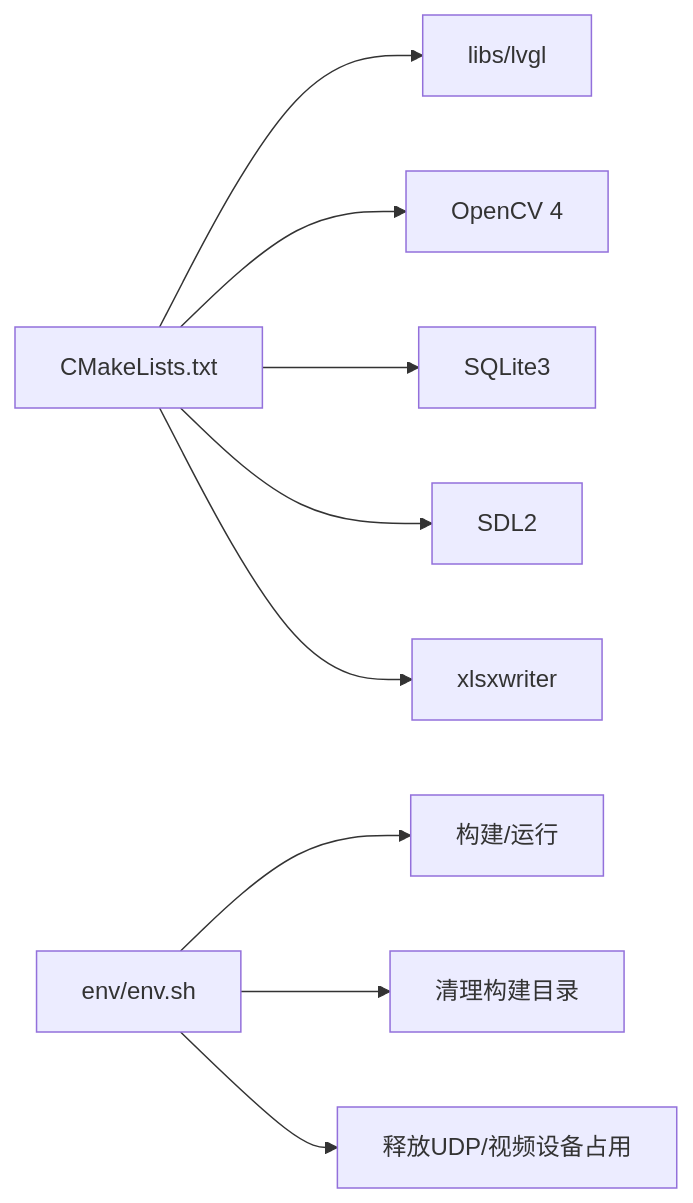
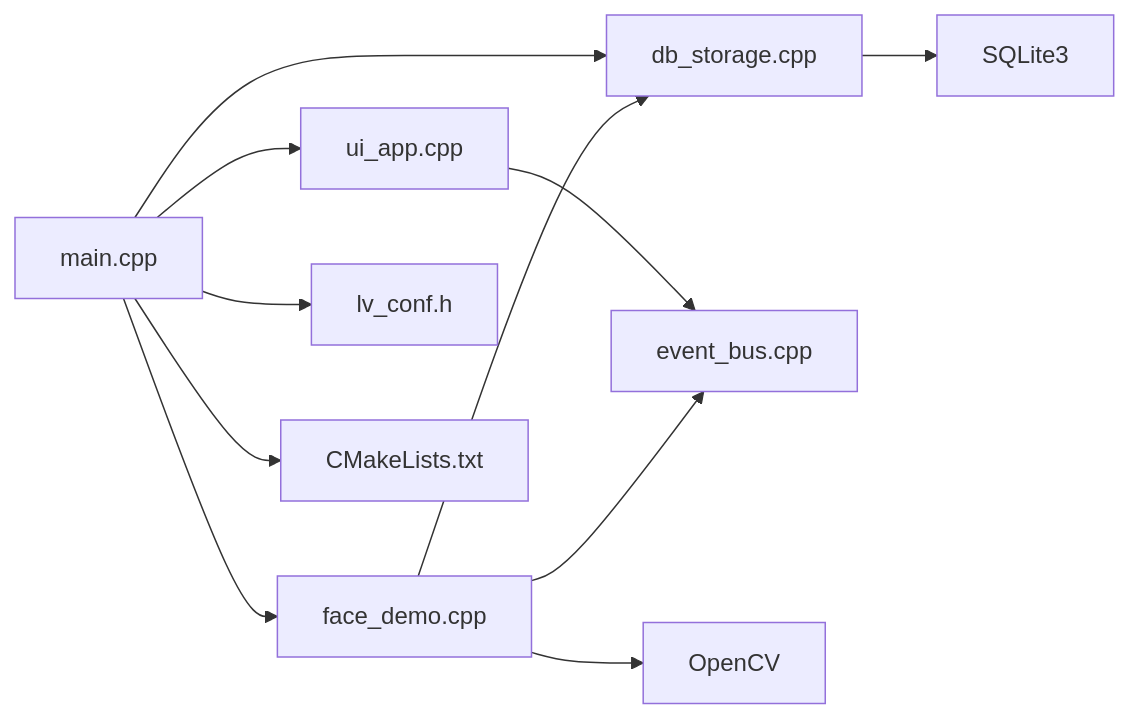
Before and after one commit to Drunk552/SmartAttendance: the fifth of 5 diagrams in .qoder/repowiki/zh/content/故障排除.md, drawn with Mermaid. The commit also changed other lines of this file and 119 other files, not shown here.

````diff
--- a/.qoder/repowiki/zh/content/故障排除.md
+++ b/.qoder/repowiki/zh/content/故障排除.md
@@ -260,11 +206,13 @@
 ```mermaid
 graph LR
-CMake["CMakeLists.txt"] --> LVGL["libs/lvgl"]
-CMake --> OpenCV["OpenCV 4"]
-CMake --> SQLite3["SQLite3"]
-CMake --> SDL2["SDL2"]
-CMake --> XLSX["xlsxwriter"]
-Env["env/env.sh"] --> Build["构建/运行"]
-Env --> Clean["清理构建目录"]
-Env --> Resource["释放UDP/视频设备占用"]
+Main["main.cpp"] --> UI["ui_app.cpp"]
+Main --> Biz["face_demo.cpp"]
+Main --> Data["db_storage.cpp"]
+UI --> Bus["event_bus.cpp"]
+Biz --> Bus
+Biz --> Data
+Data --> SQLite["SQLite3"]
+Biz --> OpenCV["OpenCV"]
+Main --> LV["lv_conf.h"]
+Main --> CMake["CMakeLists.txt"]
 ```
````
